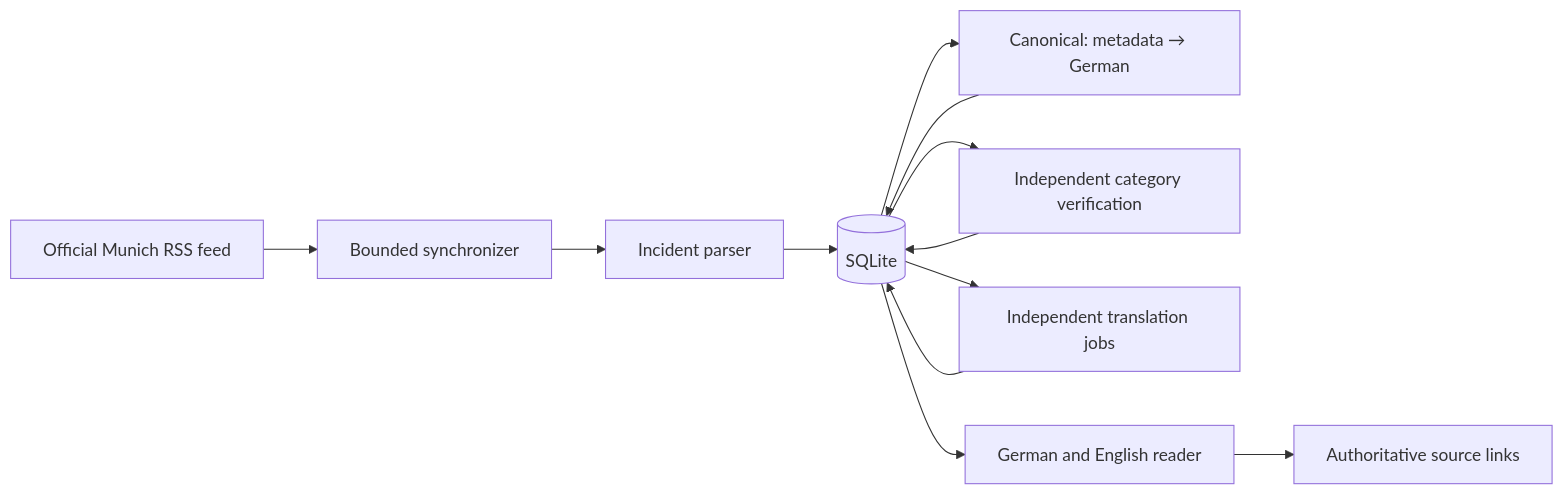
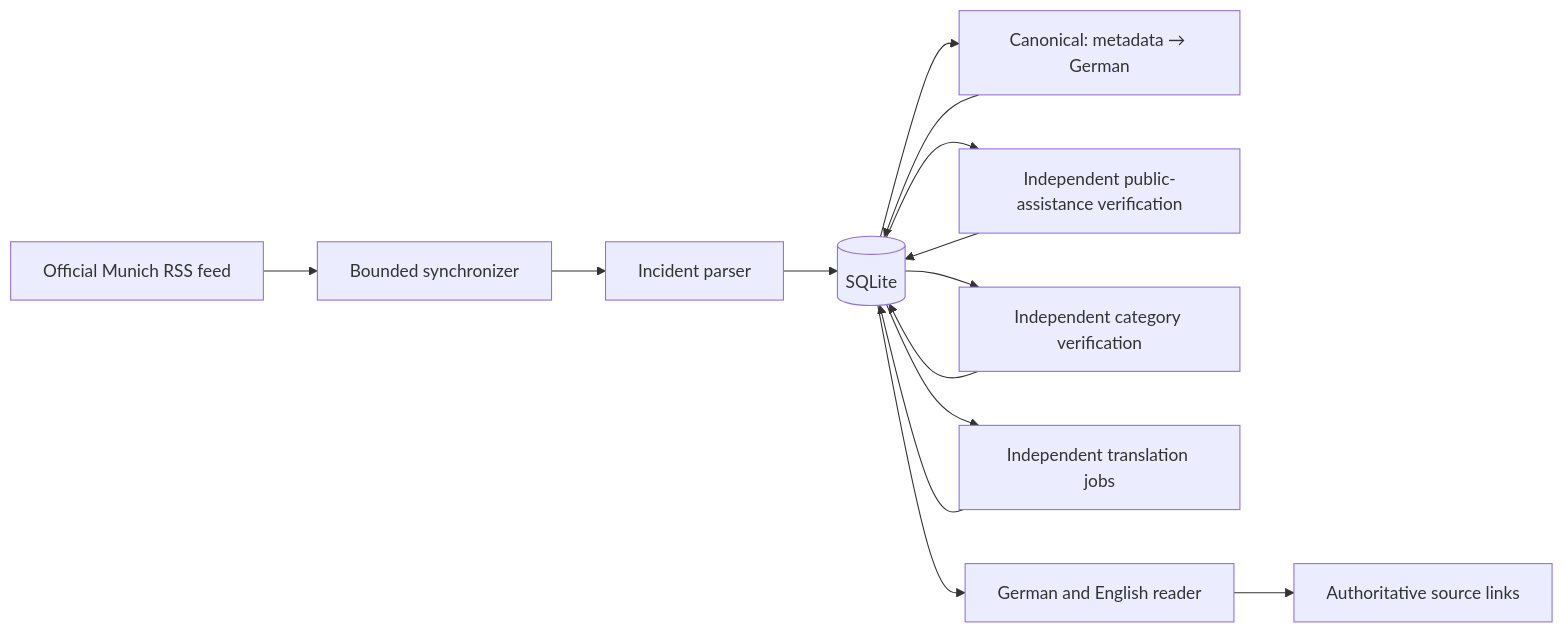
One commit to egekocabas/munichbrief changed the diagram in README.md. Above: the diagram before and after it, drawn with Mermaid. The commit also changed other lines of this file and 32 other files, not shown here.

Commit message:
feat(ai): add public assistance verification (#42)

````diff
--- a/README.md
+++ b/README.md
@@ -67,14 +68,16 @@
 ```mermaid
 flowchart LR
     RSS["Official Munich RSS feed"] --> Sync["Bounded synchronizer"]
     Sync --> Parser["Incident parser"]
     Parser --> DB[("SQLite")]
     DB --> Pipeline["Canonical: metadata → German"]
     Pipeline --> DB
+    DB --> Assistance["Independent public-assistance verification"]
+    Assistance --> DB
     DB --> Category["Independent category verification"]
     Category --> DB
     DB --> Translation["Independent translation jobs"]
     Translation --> DB
     DB --> Reader["German and English reader"]
     Reader --> Source["Authoritative source links"]
 ```
````
